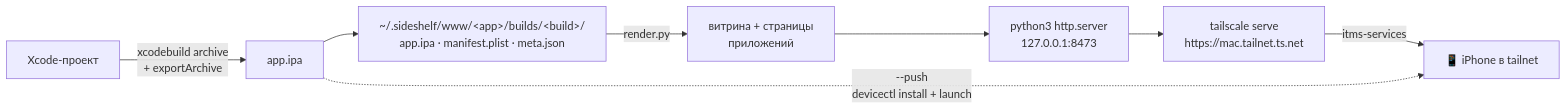
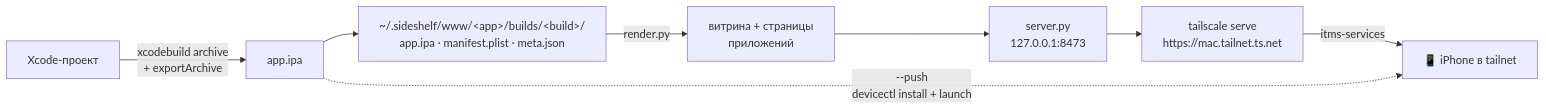
Before and after one commit to SketchPiece/Sideshelf: the diagram in README.md, drawn with Mermaid. The commit also changed other lines of this file and 7 other files, not shown here.

````diff
--- a/README.md
+++ b/README.md
@@ -45,10 +46,10 @@
 ```mermaid
 flowchart LR
     A[Xcode-проект] -->|xcodebuild archive<br/>+ exportArchive| B[app.ipa]
     B --> C["~/.sideshelf/www/&lt;app&gt;/builds/&lt;build&gt;/<br/>app.ipa · manifest.plist · meta.json"]
     C -->|render.py| P[витрина + страницы<br/>приложений]
-    P --> D[python3 http.server<br/>127.0.0.1:8473]
+    P --> D[server.py<br/>127.0.0.1:8473]
     D --> E[tailscale serve<br/>https://mac.tailnet.ts.net]
     E -->|itms-services| F[📱 iPhone в tailnet]
     B -.->|--push<br/>devicectl install + launch| F
 ```
````
